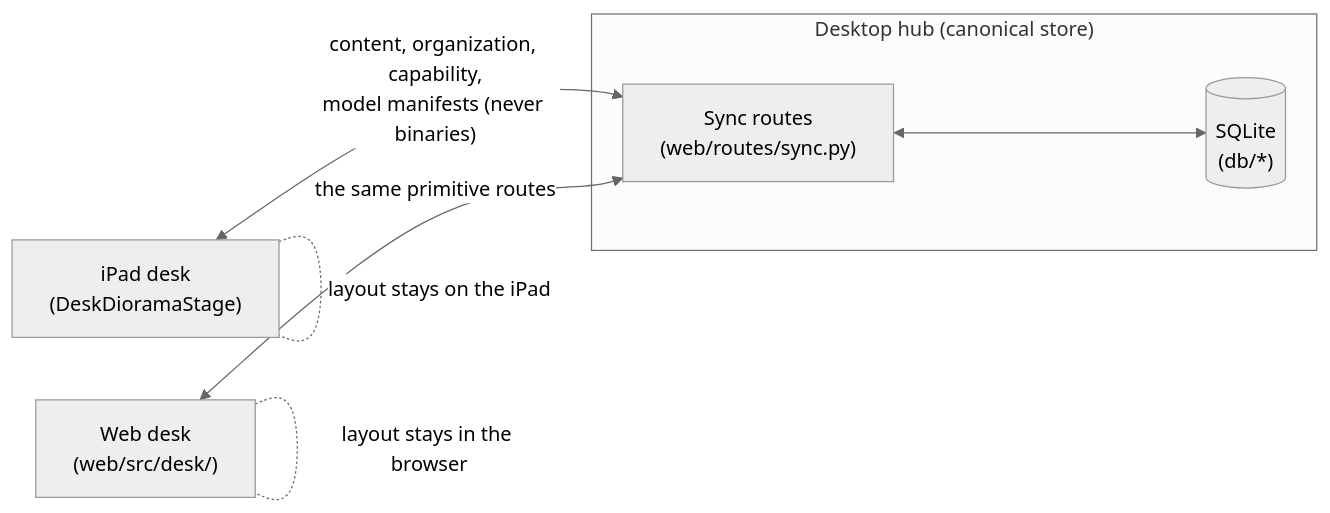
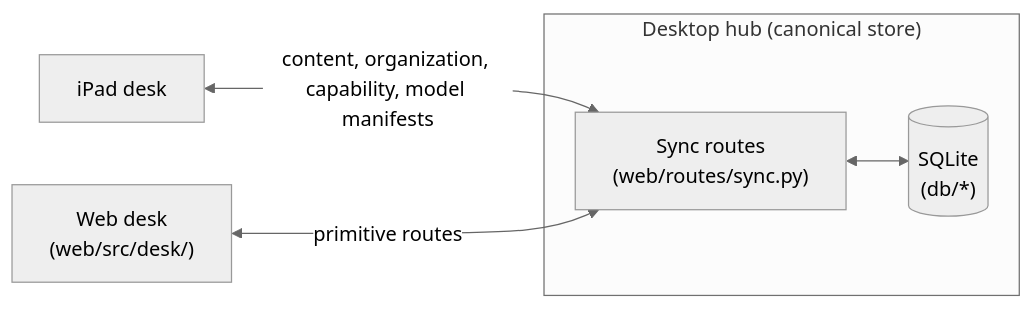
Before and after one commit to karolswdev/HoldSpeak: the seventh of 8 diagrams in docs/ARCHITECTURE.md, drawn with Mermaid (neutral theme). The commit also changed other lines of this file and 66 other files, not shown here.

````diff
--- a/docs/ARCHITECTURE.md
+++ b/docs/ARCHITECTURE.md
@@ -1192,14 +528,12 @@
 ```mermaid
 flowchart LR
   subgraph hub["Desktop hub (canonical store)"]
     DB[("SQLite<br/>(db/*)")]
     SY["Sync routes<br/>(web/routes/sync.py)"]
   end
-  IPAD["iPad desk<br/>(DeskDioramaStage)"]
+  IPAD["iPad desk"]
   WEBD["Web desk<br/>(web/src/desk/)"]
-  IPAD <-->|"content, organization, capability,<br/>model manifests (never binaries)"| SY
-  WEBD <-->|"the same primitive routes"| SY
+  IPAD <-->|"content, organization, capability, model manifests"| SY
+  WEBD <-->|"primitive routes"| SY
   SY <--> DB
-  IPAD -. "layout stays on the iPad" .- IPAD
-  WEBD -. "layout stays in the browser" .- WEBD
 ```
````
